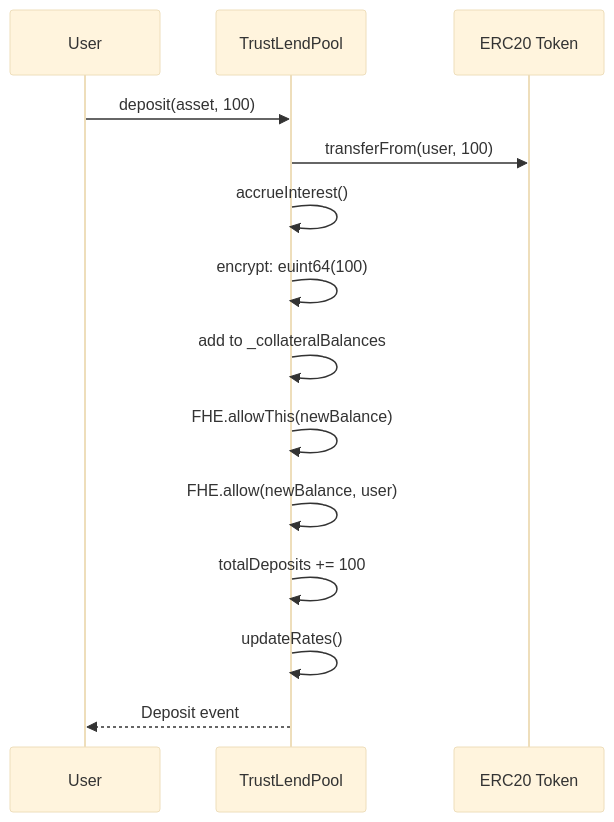
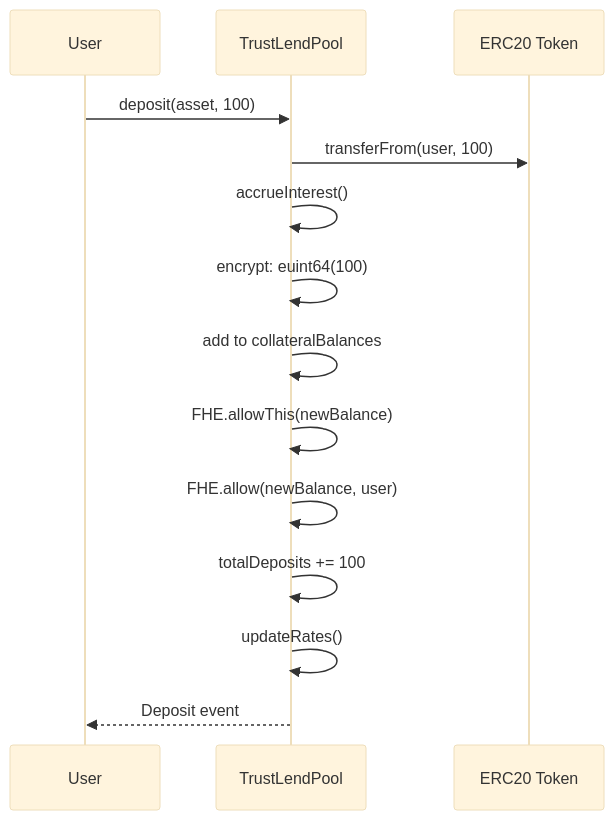
One commit to PhuocNG0308/fhield changed the diagram in fhield-docs/docs/devdocs/User Flows/Deposit.md. Above: the diagram before and after it, drawn with Mermaid (base theme). The commit also changed 24 other files, not shown here.

````diff
--- a/fhield-docs/docs/devdocs/User Flows/Deposit.md
+++ b/fhield-docs/docs/devdocs/User Flows/Deposit.md
@@ -12,17 +12,17 @@
 ```mermaid
 sequenceDiagram
     participant User
-    participant TrustLendPool
-    participant ERC20 Token
+    participant Pool as TrustLendPool
+    participant ERC20 as ERC20 Token
 
-    User->>TrustLendPool: deposit(asset, 100)
-    TrustLendPool->>ERC20 Token: transferFrom(user, 100)
-    TrustLendPool->>TrustLendPool: accrueInterest()
-    TrustLendPool->>TrustLendPool: encrypt: euint64(100)
-    TrustLendPool->>TrustLendPool: add to _collateralBalances
-    TrustLendPool->>TrustLendPool: FHE.allowThis(newBalance)
-    TrustLendPool->>TrustLendPool: FHE.allow(newBalance, user)
-    TrustLendPool->>TrustLendPool: totalDeposits += 100
-    TrustLendPool->>TrustLendPool: updateRates()
-    TrustLendPool-->>User: Deposit event
+    User->>Pool: deposit(asset, 100)
+    Pool->>ERC20: transferFrom(user, 100)
+    Pool->>Pool: accrueInterest()
+    Pool->>Pool: encrypt: euint64(100)
+    Pool->>Pool: add to collateralBalances
+    Pool->>Pool: FHE.allowThis(newBalance)
+    Pool->>Pool: FHE.allow(newBalance, user)
+    Pool->>Pool: totalDeposits += 100
+    Pool->>Pool: updateRates()
+    Pool-->>User: Deposit event
 ```
````
